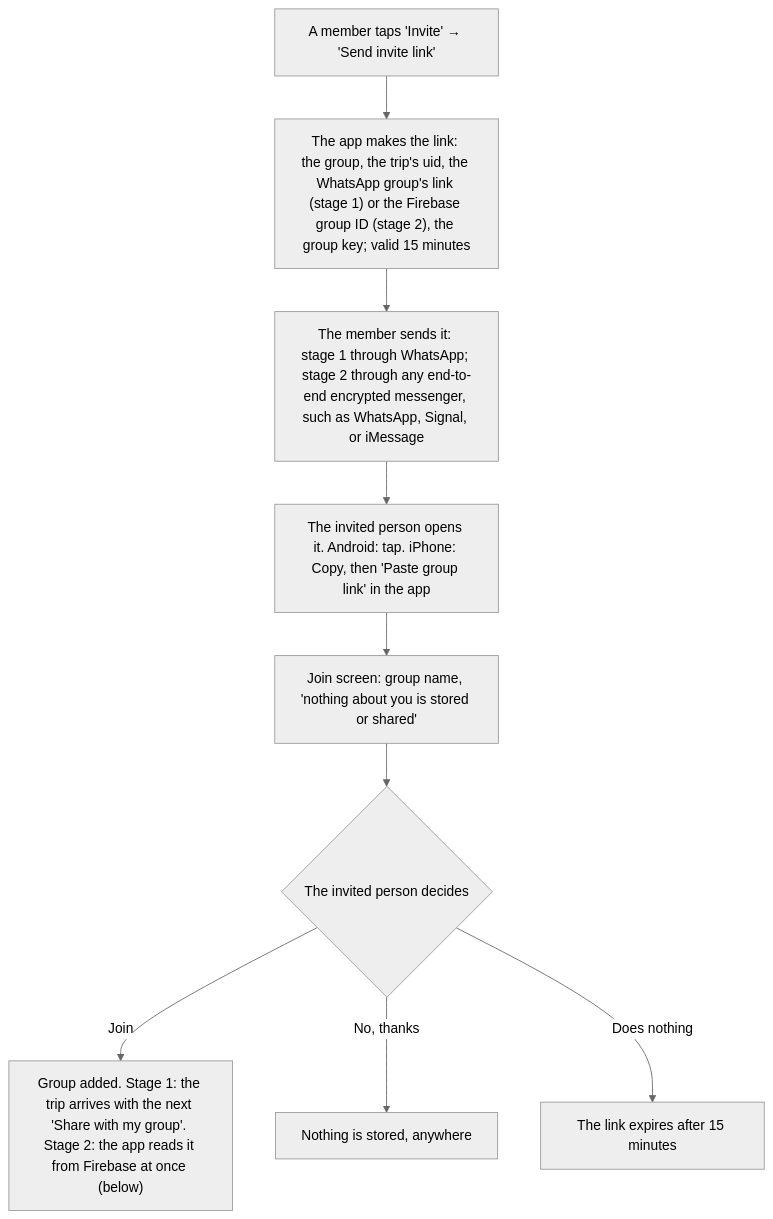
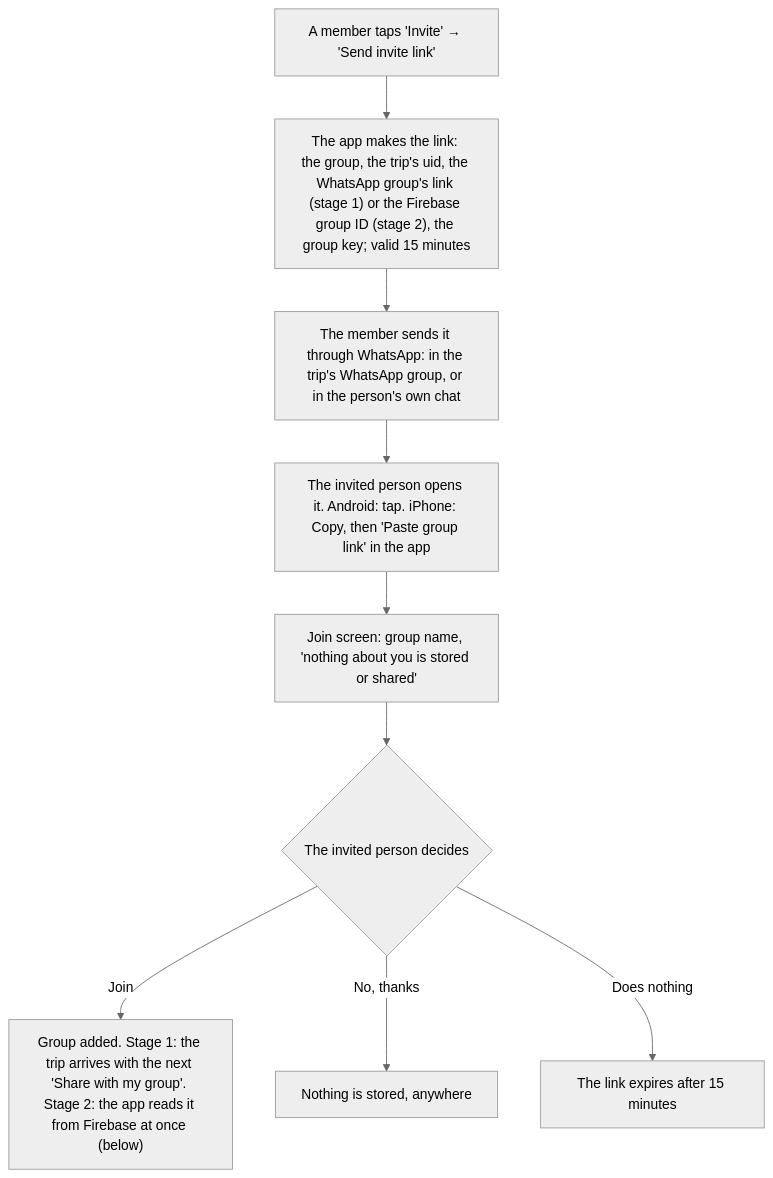
The second of 3 diagrams in docs/DESIGN.md (projects-rs/trip-map), drawn with Mermaid (neutral theme) before and after one commit. The commit also changed other lines of this file, not shown here.

First line of the commit message:
Design 9: invites the same in both stages (QR code or WhatsApp); stage 2 named Firebase

````diff
--- a/docs/DESIGN.md
+++ b/docs/DESIGN.md
@@ -1015,11 +1015,11 @@
 ```mermaid
 flowchart TD
     A["A member taps 'Invite' → 'Send invite link'"] --> B["The app makes the link: the group, the trip's uid, the WhatsApp group's link (stage 1) or the Firebase group ID (stage 2), the group key; valid 15 minutes"]
-    B --> C["The member sends it: stage 1 through WhatsApp; stage 2 through any end-to-end encrypted messenger, such as WhatsApp, Signal, or iMessage"]
+    B --> C["The member sends it through WhatsApp: in the trip's WhatsApp group, or in the person's own chat"]
     C --> D["The invited person opens it. Android: tap. iPhone: Copy, then 'Paste group link' in the app"]
     D --> E["Join screen: group name, 'nothing about you is stored or shared'"]
     E --> F{"The invited person decides"}
     F -->|Join| G["Group added. Stage 1: the trip arrives with the next 'Share with my group'. Stage 2: the app reads it from Firebase at once (below)"]
     F -->|"No, thanks"| K["Nothing is stored, anywhere"]
     F -->|"Does nothing"| O["The link expires after 15 minutes"]
 ```
````
